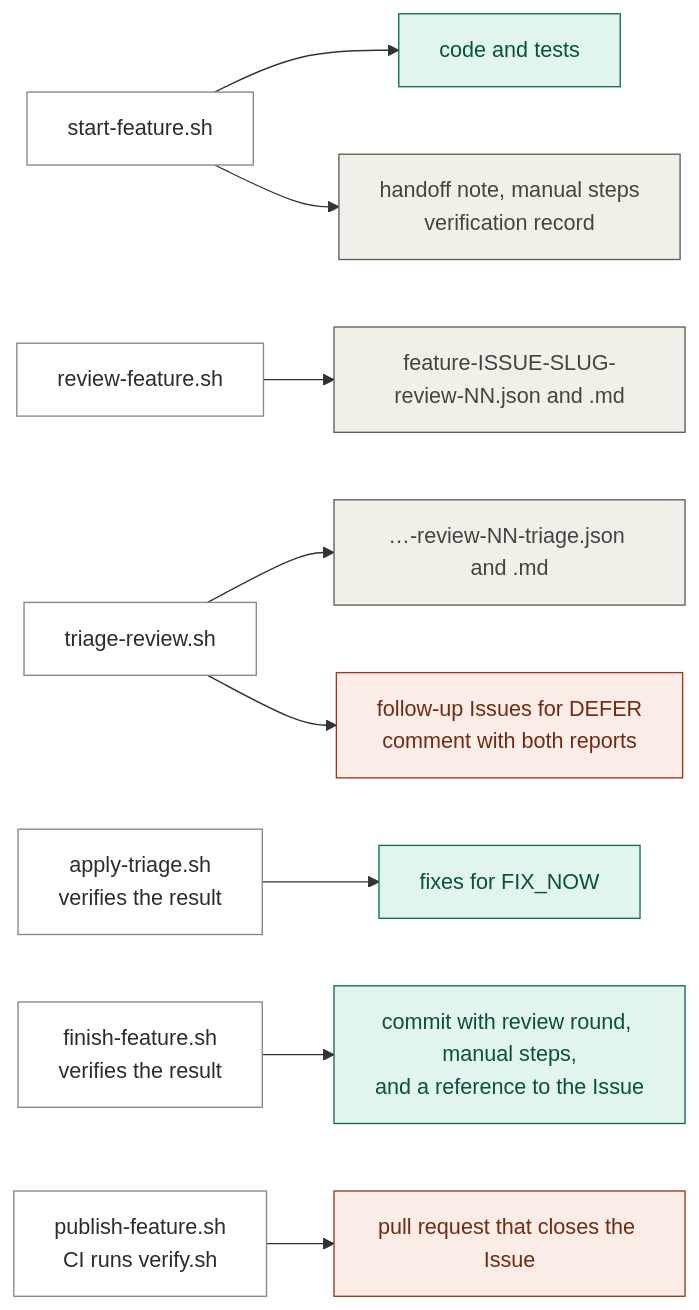
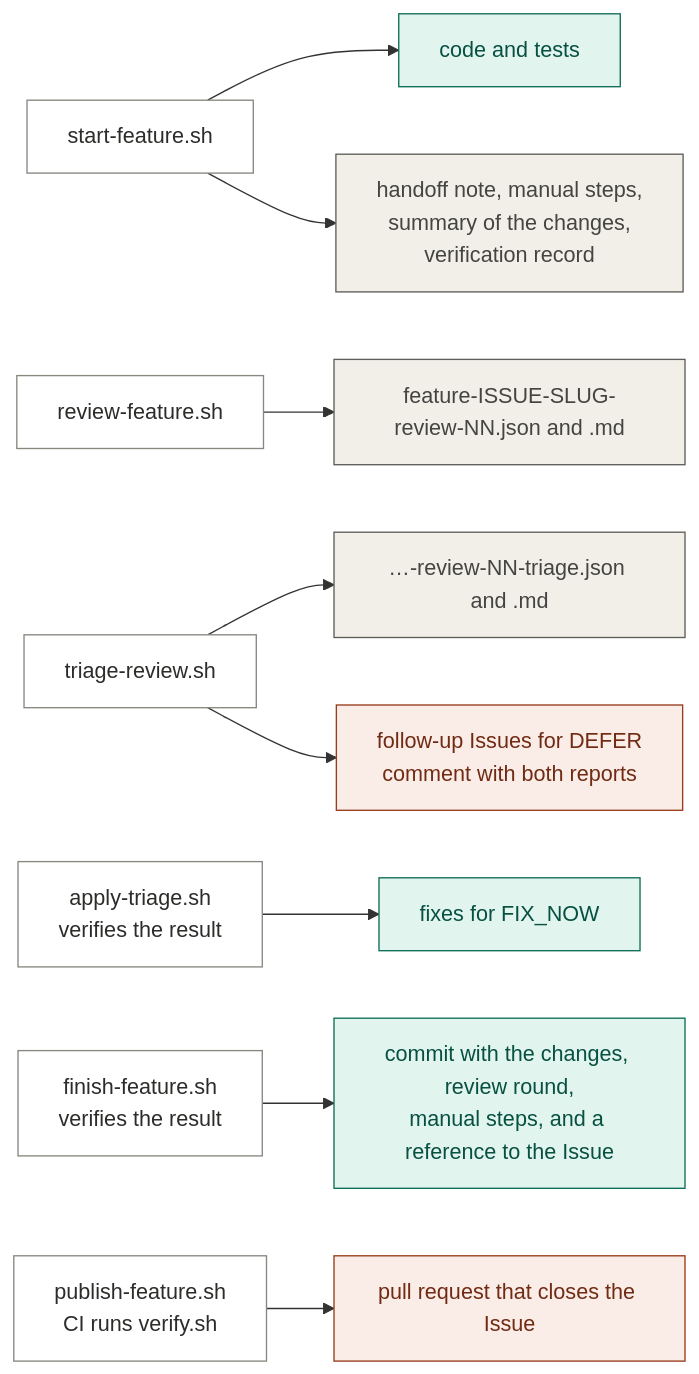
Before and after one commit to taspinar/physics-by-construction: the sixth of 6 diagrams in docs/workflow.md, drawn with Mermaid. The commit also changed other lines of this file and 28 other files, not shown here.

````diff
--- a/docs/workflow.md
+++ b/docs/workflow.md
@@ -198,20 +204,20 @@
 ```mermaid
 flowchart LR
   sf["start-feature.sh"] --> code["code and tests"]
-  sf --> notes["handoff note, manual steps<br/>verification record"]
+  sf --> notes["handoff note, manual steps,<br/>summary of the changes,<br/>verification record"]
   rf["review-feature.sh"] --> rev["feature-ISSUE-SLUG-review-NN.json and .md"]
   tr["triage-review.sh"] --> tri["…-review-NN-triage.json and .md"]
   tr --> gh["follow-up Issues for DEFER<br/>comment with both reports"]
   at["apply-triage.sh<br/>verifies the result"] --> fixes["fixes for FIX_NOW"]
-  ff["finish-feature.sh<br/>verifies the result"] --> commit["commit with review round, manual steps,<br/>and a reference to the Issue"]
+  ff["finish-feature.sh<br/>verifies the result"] --> commit["commit with the changes, review round,<br/>manual steps, and a reference to the Issue"]
   pr["publish-feature.sh<br/>CI runs verify.sh"] --> prgh["pull request that closes the Issue"]
 
   classDef repo fill:#E1F5EE,stroke:#0F6E56,color:#085041
   classDef local fill:#F1EFE8,stroke:#5F5E5A,color:#444441
   classDef github fill:#FAECE7,stroke:#993C1D,color:#712B13
   class code,fixes,commit repo
   class rev,tri,notes local
   class gh,prgh github
   classDef step fill:#FFFFFF,stroke:#888780,color:#2C2C2A
   class sf,rf,tr,at,ff,pr step
 ```
````
